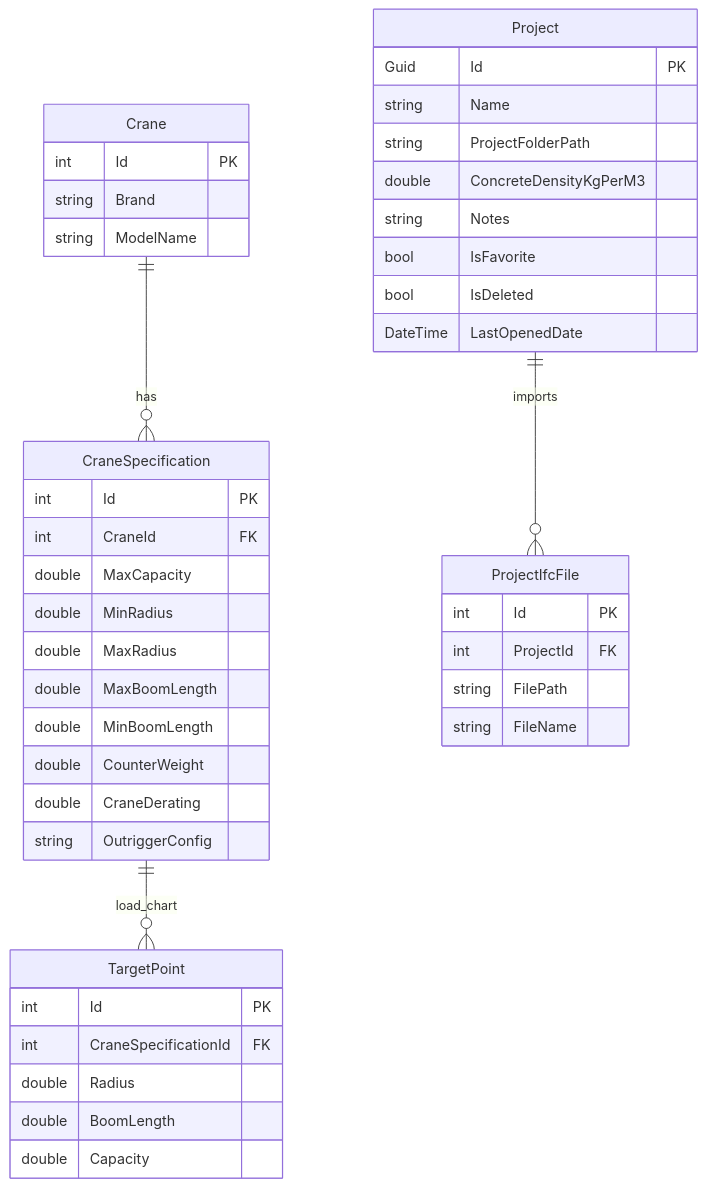
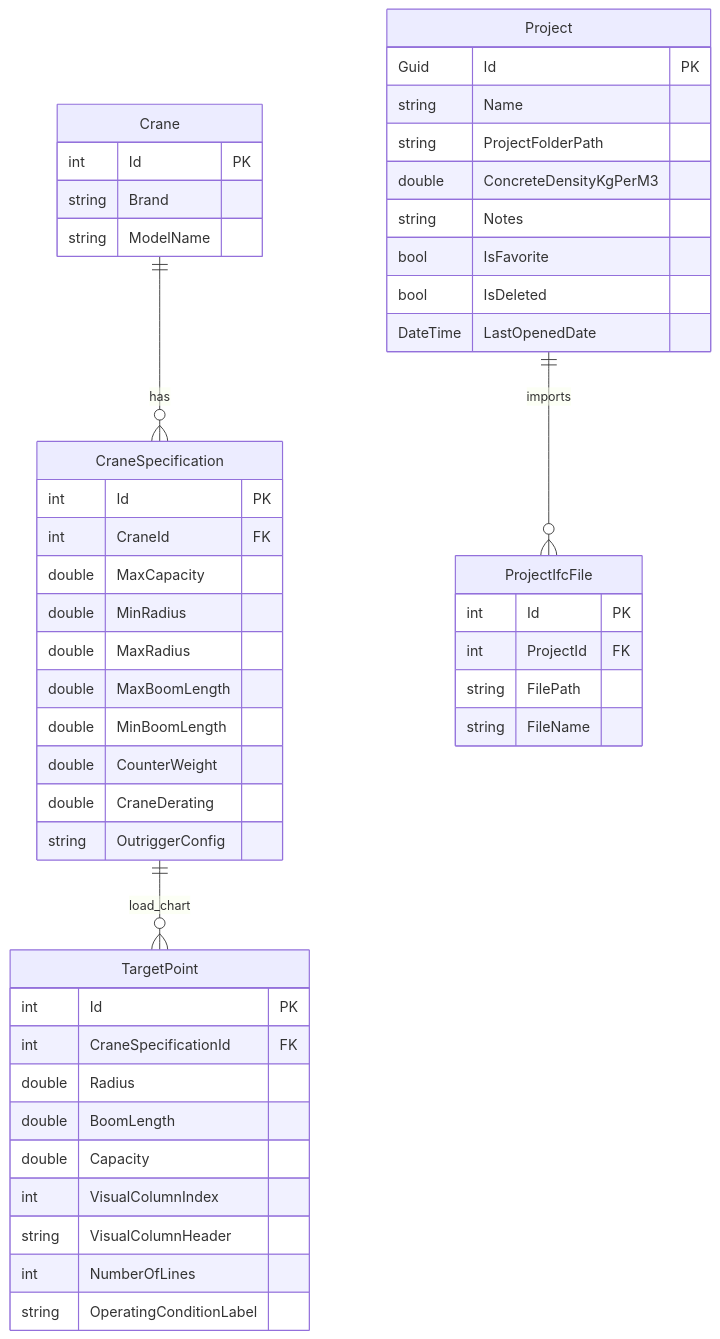
One commit to ITI-intake46/CranePathOptimizer changed the first of 2 diagrams in docs/architecture/database.md. Above: the diagram before and after it, drawn with Mermaid. The commit also changed other lines of this file and 5 other files, not shown here.

````diff
--- a/docs/architecture/database.md
+++ b/docs/architecture/database.md
@@ -15,47 +15,51 @@
 ```mermaid
 erDiagram
     Crane ||--o{ CraneSpecification : has
     CraneSpecification ||--o{ TargetPoint : load_chart
     Project ||--o{ ProjectIfcFile : imports
 
     Crane {
         int Id PK
         string Brand
         string ModelName
     }
     CraneSpecification {
         int Id PK
         int CraneId FK
         double MaxCapacity
         double MinRadius
         double MaxRadius
         double MaxBoomLength
         double MinBoomLength
         double CounterWeight
         double CraneDerating
         string OutriggerConfig
     }
     TargetPoint {
         int Id PK
         int CraneSpecificationId FK
         double Radius
         double BoomLength
         double Capacity
+        int VisualColumnIndex
+        string VisualColumnHeader
+        int NumberOfLines
+        string OperatingConditionLabel
     }
     Project {
         Guid Id PK
         string Name
         string ProjectFolderPath
         double ConcreteDensityKgPerM3
         string Notes
         bool IsFavorite
         bool IsDeleted
         DateTime LastOpenedDate
     }
     ProjectIfcFile {
         int Id PK
         int ProjectId FK
         string FilePath
         string FileName
     }
 ```
````
